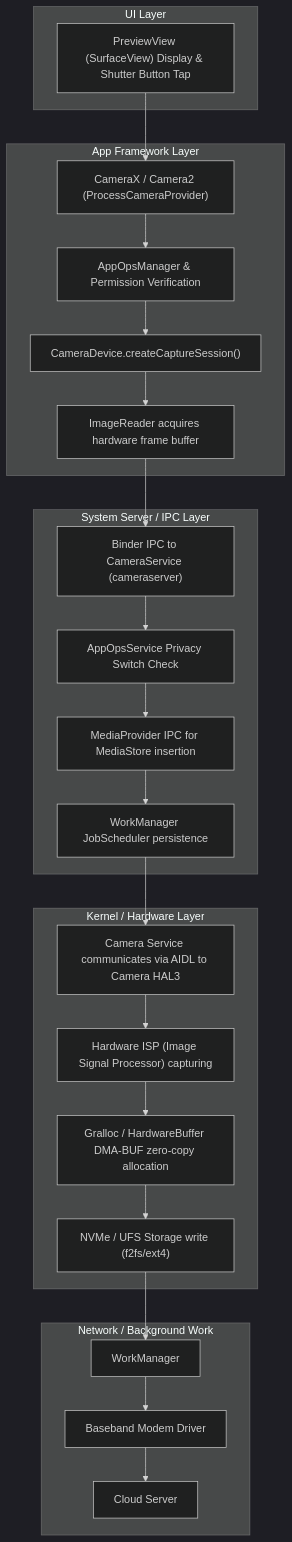
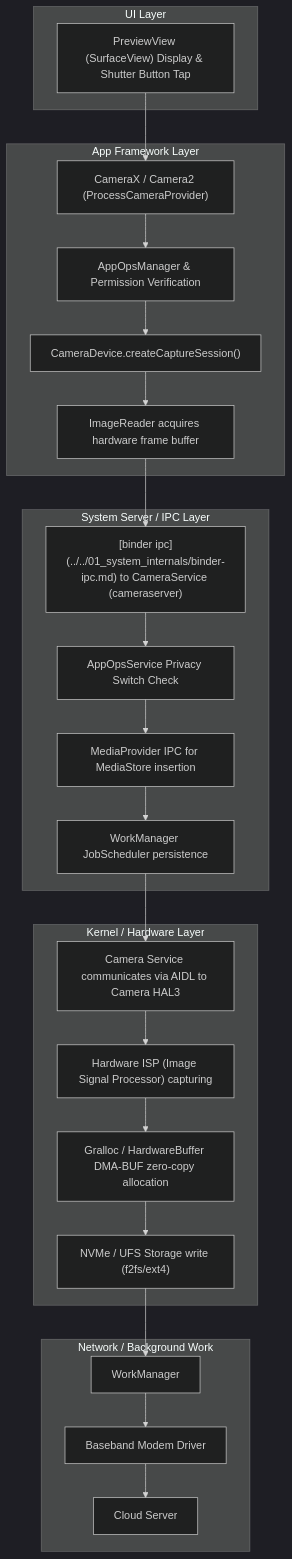
Before and after one commit to youngmin-gwon/what-i-studied: the diagram in 01_inbox/mobile/android/00_foundations/worked-examples/02-photo-capture-preview-save-upload.md, drawn with Mermaid (dark theme). The commit also changed 185 other files, not shown here.

````diff
--- a/01_inbox/mobile/android/00_foundations/worked-examples/02-photo-capture-preview-save-upload.md
+++ b/01_inbox/mobile/android/00_foundations/worked-examples/02-photo-capture-preview-save-upload.md
@@ -29,34 +29,34 @@
 ```mermaid
 flowchart TD
     subgraph UI["UI Layer"]
         ui1["PreviewView (SurfaceView) Display & Shutter Button Tap"]
     end
 
     subgraph APP["App Framework Layer"]
         a1["CameraX / Camera2 (ProcessCameraProvider)"] --> a2["AppOpsManager & Permission Verification"]
         a2 --> a3["CameraDevice.createCaptureSession()"]
         a3 --> a4["ImageReader acquires hardware frame buffer"]
     end
 
     subgraph SYS["System Server / IPC Layer"]
-        sys1["Binder IPC to CameraService (cameraserver)"] --> sys2["AppOpsService Privacy Switch Check"]
+        sys1["[binder ipc](../../01_system_internals/binder-ipc.md) to CameraService (cameraserver)"] --> sys2["AppOpsService Privacy Switch Check"]
         sys2 --> sys3["MediaProvider IPC for MediaStore insertion"]
         sys3 --> sys4["WorkManager JobScheduler persistence"]
     end
 
     subgraph KERNEL["Kernel / Hardware Layer"]
         k1["Camera Service communicates via AIDL to Camera HAL3"] --> k2["Hardware ISP (Image Signal Processor) capturing"]
         k2 --> k3["Gralloc / HardwareBuffer DMA-BUF zero-copy allocation"]
         k3 --> k4["NVMe / UFS Storage write (f2fs/ext4)"]
     end
 
     subgraph NET["Network / Background Work"]
         n1["WorkManager"] --> n2["Baseband Modem Driver"]
         n2 --> n3["Cloud Server"]
     end
 
     ui1 --> a1
     a4 --> sys1
     sys4 --> k1
     k4 --> n1
 ```
````
